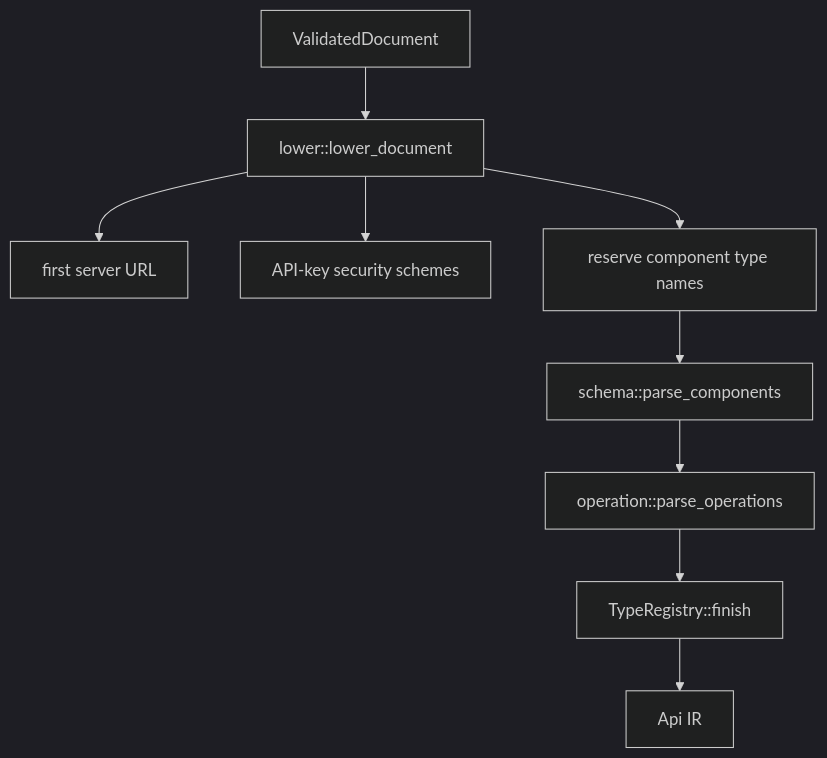
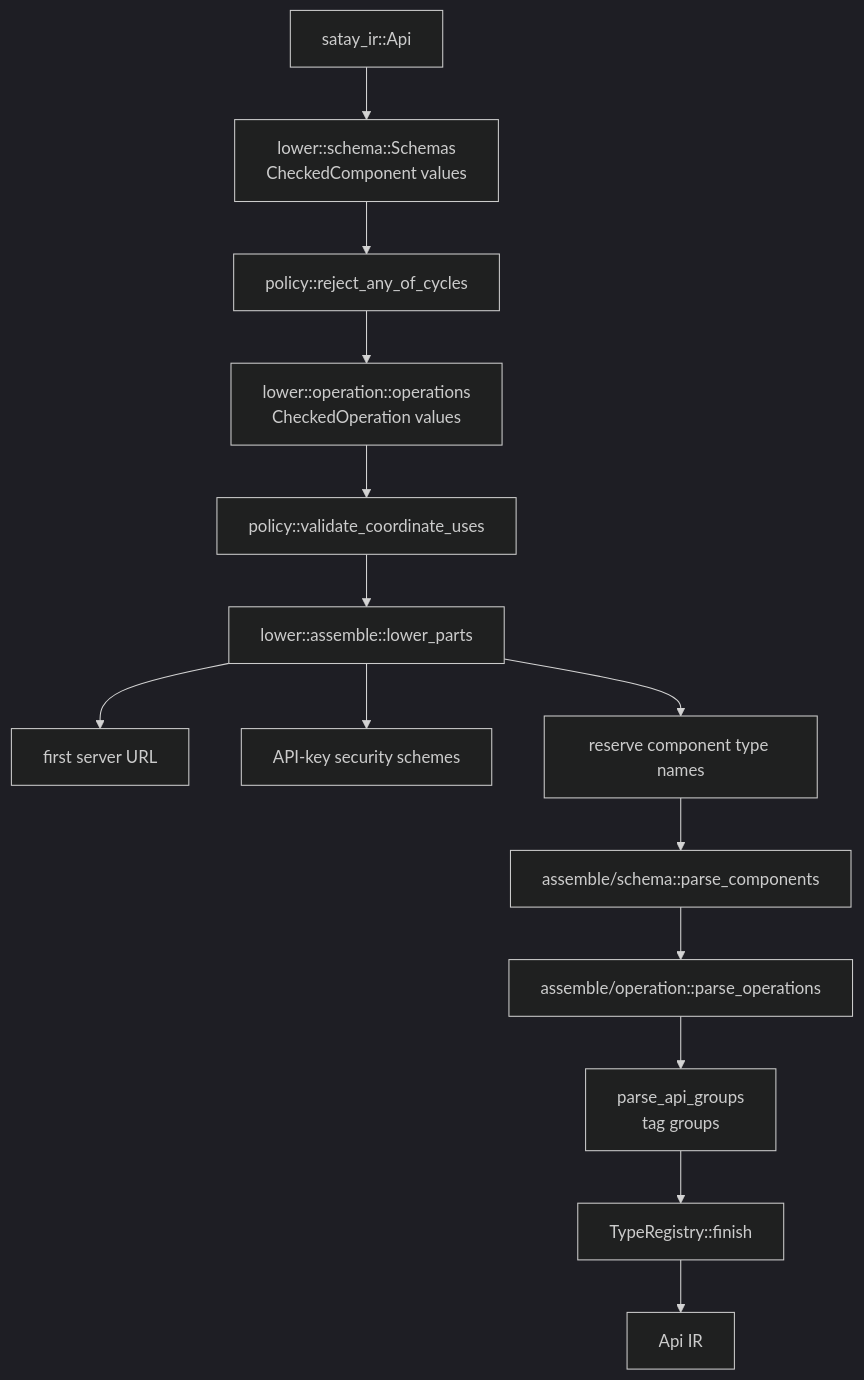
One commit to zeon256/satay-rs changed the fifth of 7 diagrams in ARCHITECTURE.md. Above: the diagram before and after it, drawn with Mermaid (dark theme). The commit also changed other lines of this file and 70 other files, not shown here.

````diff
--- a/ARCHITECTURE.md
+++ b/ARCHITECTURE.md
@@ -176,11 +194,16 @@
 ```mermaid
 flowchart TD
-    validated["ValidatedDocument"] --> lowerDocument["lower::lower_document"]
-    lowerDocument --> server["first server URL"]
-    lowerDocument --> security["API-key security schemes"]
-    lowerDocument --> reserve["reserve component type names"]
-    reserve --> components["schema::parse_components"]
-    components --> operations["operation::parse_operations"]
-    operations --> finish["TypeRegistry::finish"]
-    finish --> api["Api IR"]
+    api["satay_ir::Api"] --> schemas["lower::schema::Schemas<br/>CheckedComponent values"]
+    schemas --> cycles["policy::reject_any_of_cycles"]
+    cycles --> operations["lower::operation::operations<br/>CheckedOperation values"]
+    operations --> coordinates["policy::validate_coordinate_uses"]
+    coordinates --> assemble["lower::assemble::lower_parts"]
+    assemble --> server["first server URL"]
+    assemble --> security["API-key security schemes"]
+    assemble --> reserve["reserve component type names"]
+    reserve --> components["assemble/schema::parse_components"]
+    components --> operationsModel["assemble/operation::parse_operations"]
+    operationsModel --> groupsModel["parse_api_groups<br/>tag groups"]
+    groupsModel --> finish["TypeRegistry::finish"]
+    finish --> apiModel["Api IR"]
 ```
````
